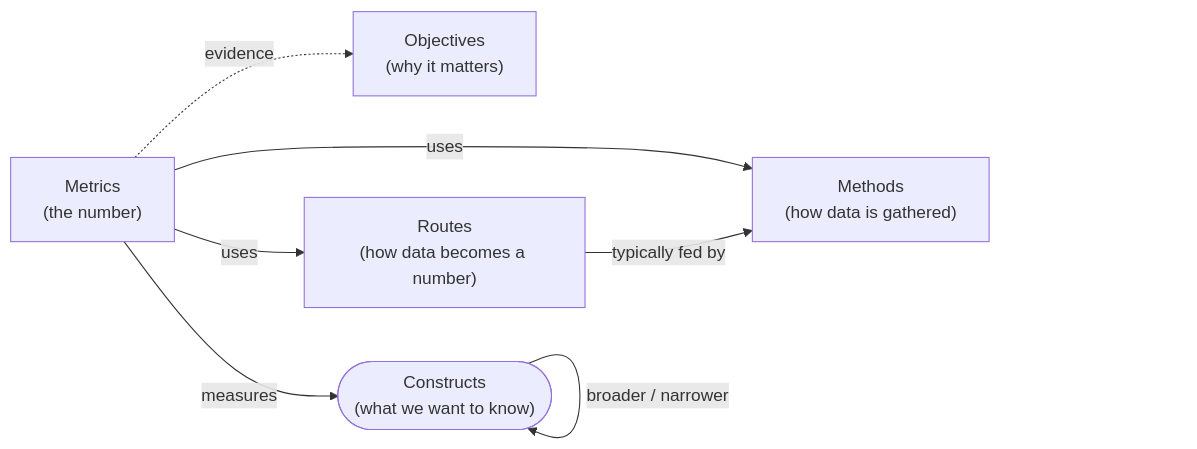
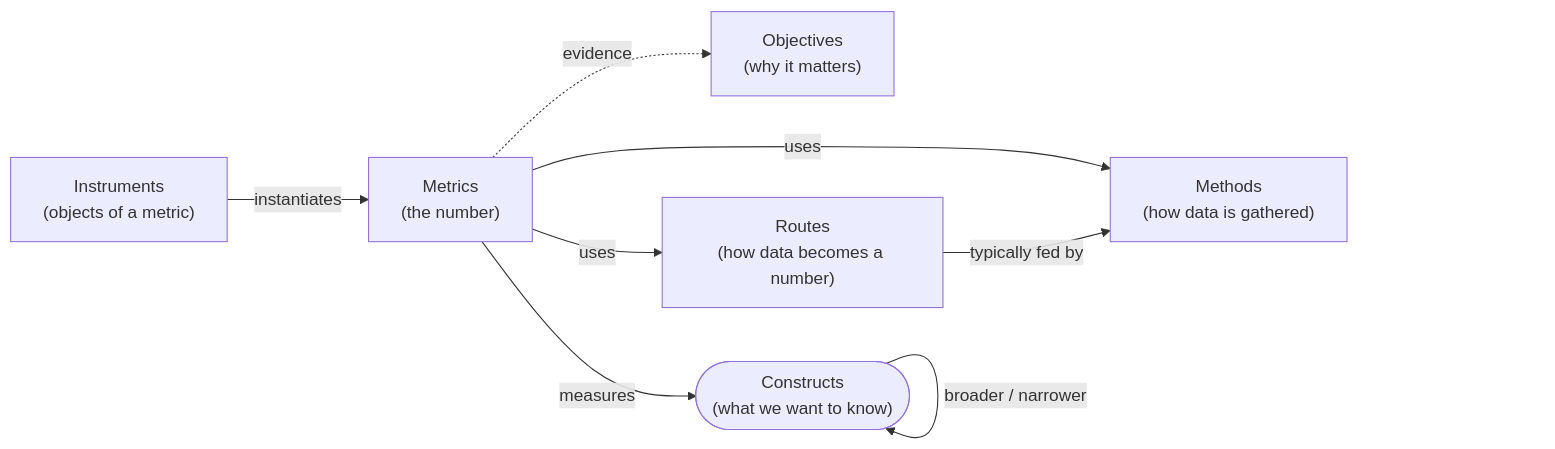
Before and after one commit to HAMI-Lab/metrics-kb: the diagram in docs/wiki-map.md, drawn with Mermaid. The commit also changed other lines of this file and 3 other files, not shown here.

````diff
--- a/docs/wiki-map.md
+++ b/docs/wiki-map.md
@@ -9,14 +9,16 @@
 ```mermaid
 graph LR
   O["Objectives<br/>(why it matters)"]
   C(["Constructs<br/>(what we want to know)"])
   M["Metrics<br/>(the number)"]
   R["Routes<br/>(how data becomes a number)"]
   D["Methods<br/>(how data is gathered)"]
+  I["Instruments<br/>(objects of a metric)"]
   C -- broader / narrower --> C
   M -- measures --> C
   M -- uses --> R
   M -- uses --> D
+  I -- instantiates --> M
   R -- typically fed by --> D
   M -. evidence .-> O
 ```
````
